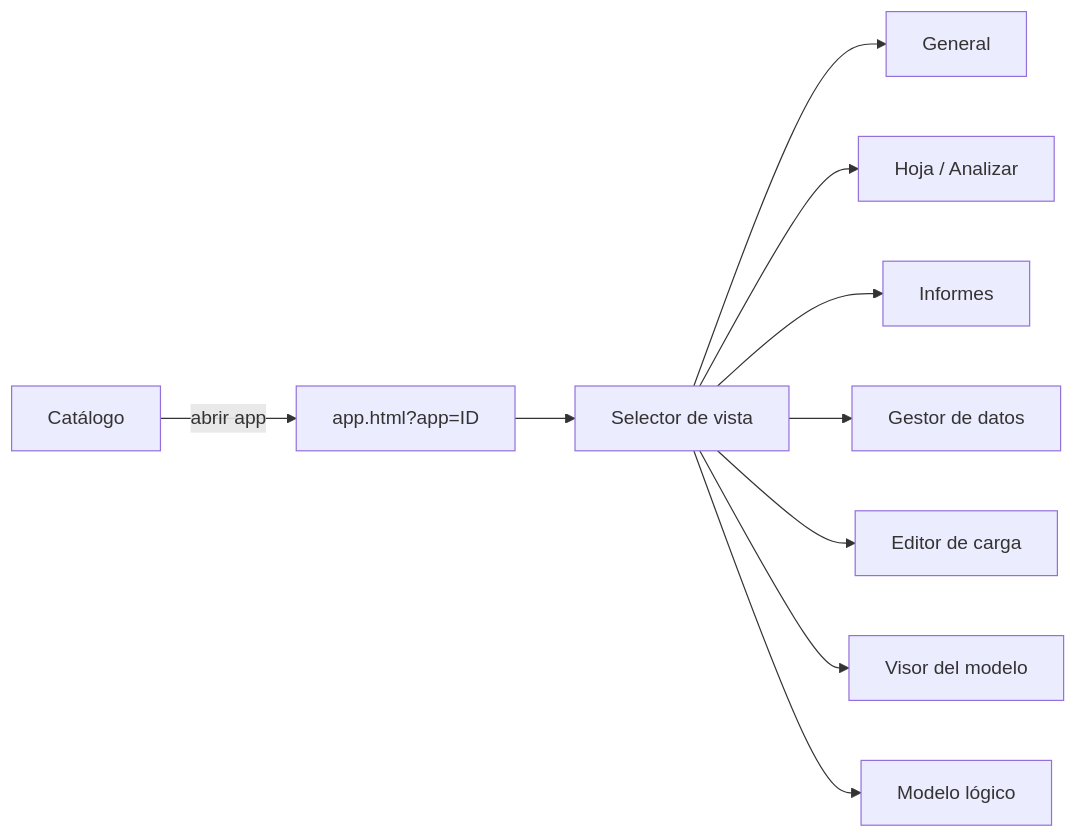
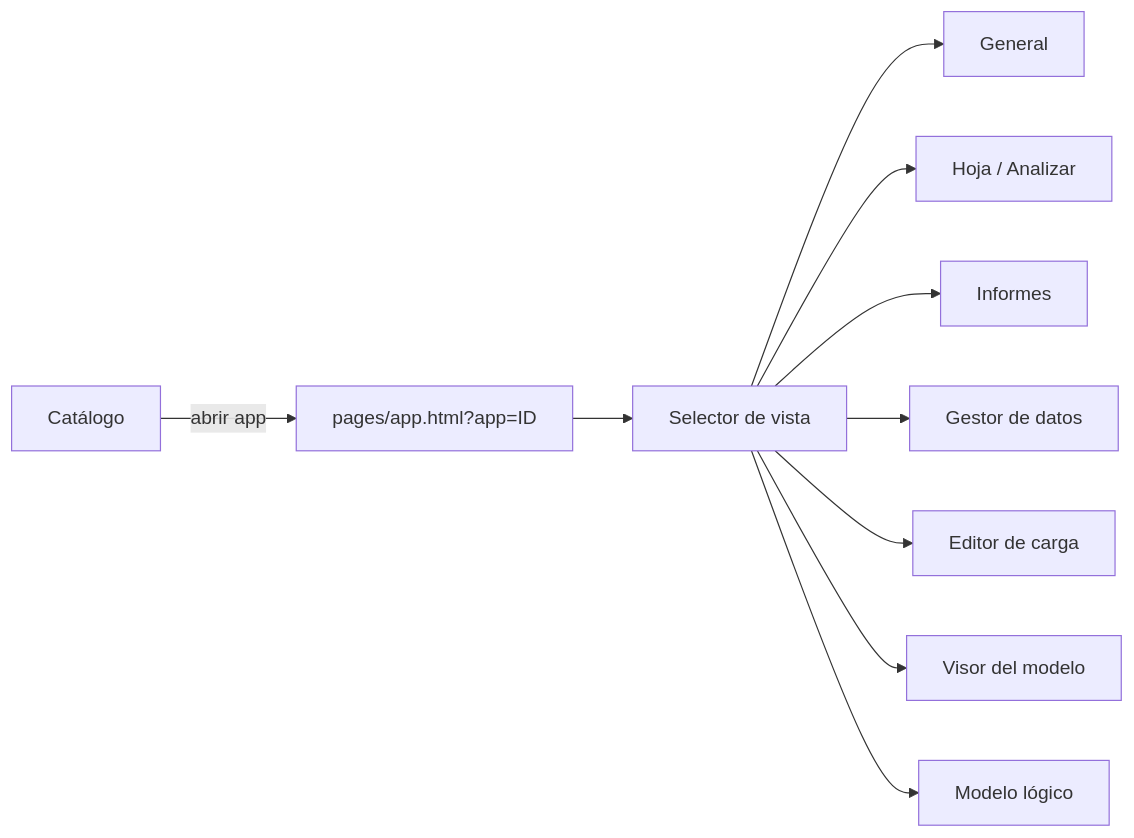
Before and after one commit to brayanfonseca-ai/pruebas-analitica: the ninth of 10 diagrams in docs/diagramas.md, drawn with Mermaid. The commit also changed other lines of this file and 111 other files, not shown here.

````diff
--- a/docs/diagramas.md
+++ b/docs/diagramas.md
@@ -115,12 +115,12 @@
 ```mermaid
 flowchart LR
-    CAT[Catálogo] -->|abrir app| APP[app.html?app=ID]
+    CAT[Catálogo] -->|abrir app| APP[pages/app.html?app=ID]
     APP --> SEL[Selector de vista]
     SEL --> G[General]
     SEL --> H[Hoja / Analizar]
     SEL --> I[Informes]
     SEL --> D[Gestor de datos]
     SEL --> E[Editor de carga]
     SEL --> MO[Visor del modelo]
     SEL --> L[Modelo lógico]
 ```
````
